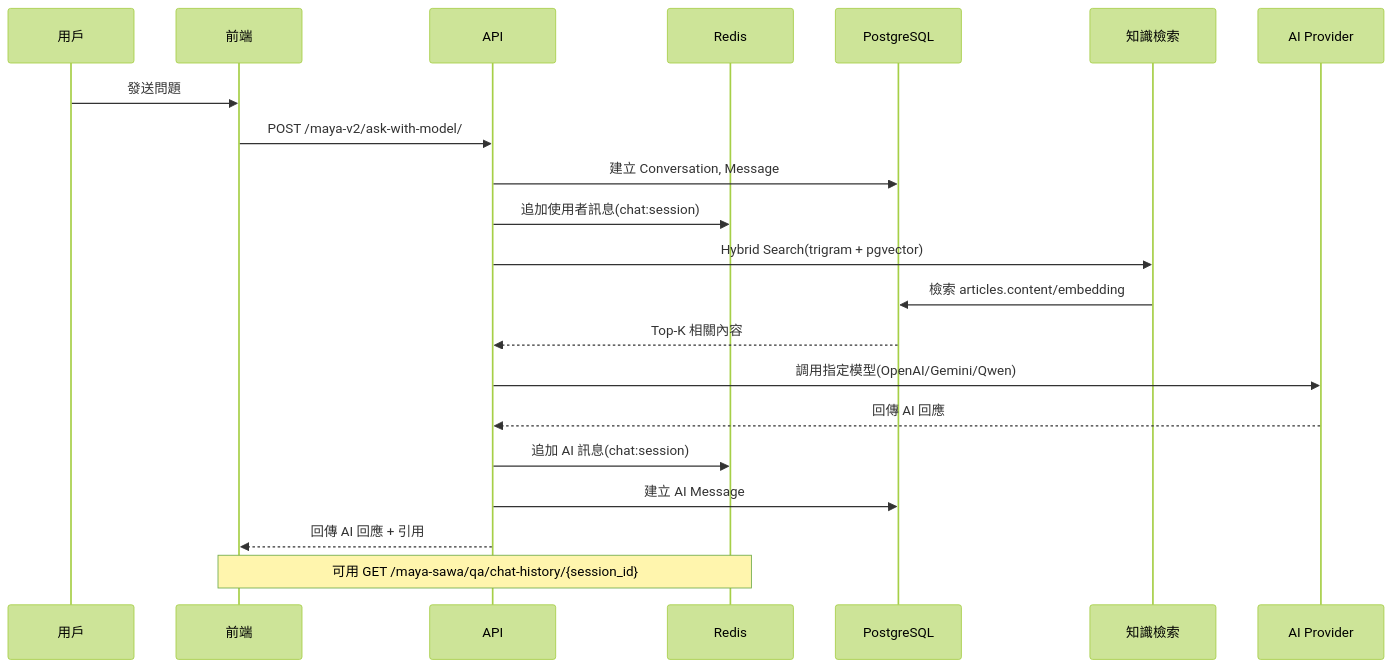
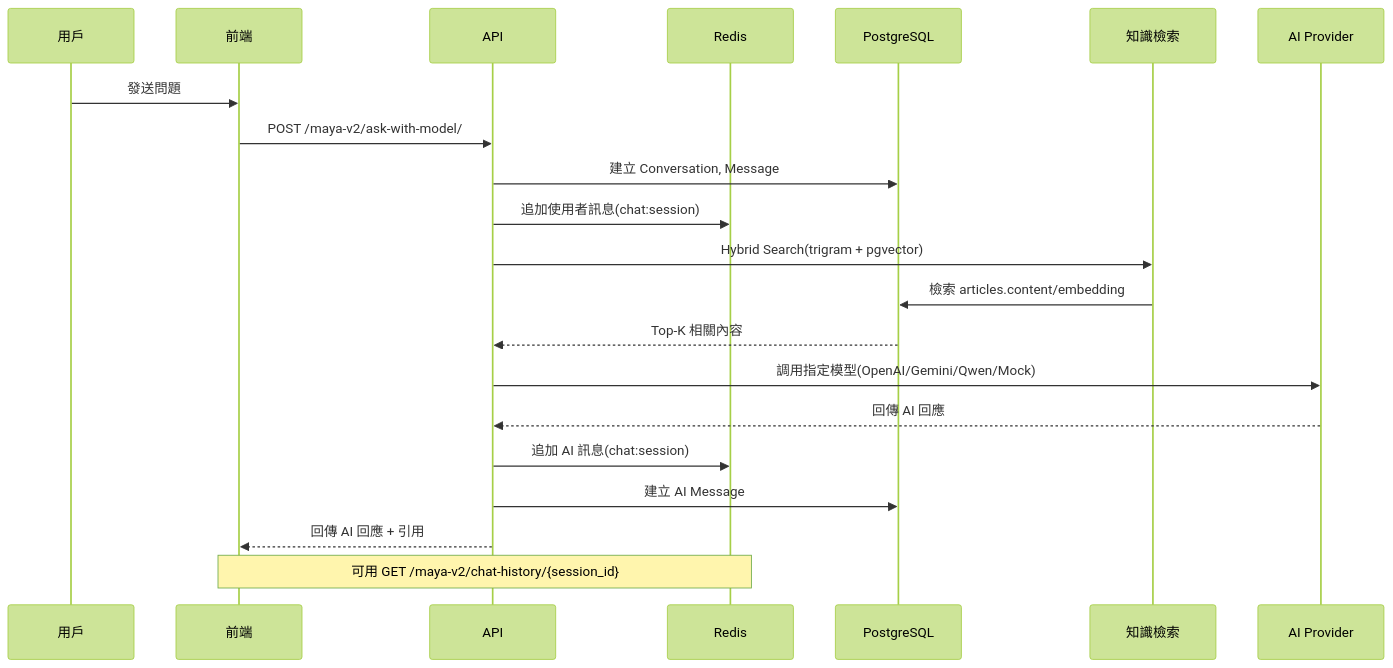
The second of 3 diagrams in README.md (Vinskao/maya-sawa-v2), drawn with Mermaid (forest theme) before and after one commit. The commit also changed other lines of this file and 1 other file, not shown here.

````diff
--- a/README.md
+++ b/README.md
@@ -71,25 +69,25 @@
 ```mermaid
 sequenceDiagram
     participant U as 用戶
     participant F as 前端
     participant A as API
     participant R as Redis
     participant DB as PostgreSQL
     participant KM as 知識檢索
     participant AI as AI Provider
 
     U->>F: 發送問題
     F->>A: POST /maya-v2/ask-with-model/
     A->>DB: 建立 Conversation, Message
     A->>R: 追加使用者訊息(chat:session)
     A->>KM: Hybrid Search(trigram + pgvector)
     KM->>DB: 檢索 articles.content/embedding
     DB-->>A: Top-K 相關內容
-    A->>AI: 調用指定模型(OpenAI/Gemini/Qwen)
+    A->>AI: 調用指定模型(OpenAI/Gemini/Qwen/Mock)
     AI-->>A: 回傳 AI 回應
     A->>R: 追加 AI 訊息(chat:session)
     A->>DB: 建立 AI Message
     A-->>F: 回傳 AI 回應 + 引用
 
-    Note over F,R: 可用 GET /maya-sawa/qa/chat-history/{session_id}
+    Note over F,R: 可用 GET /maya-v2/chat-history/{session_id}
 ```
````
